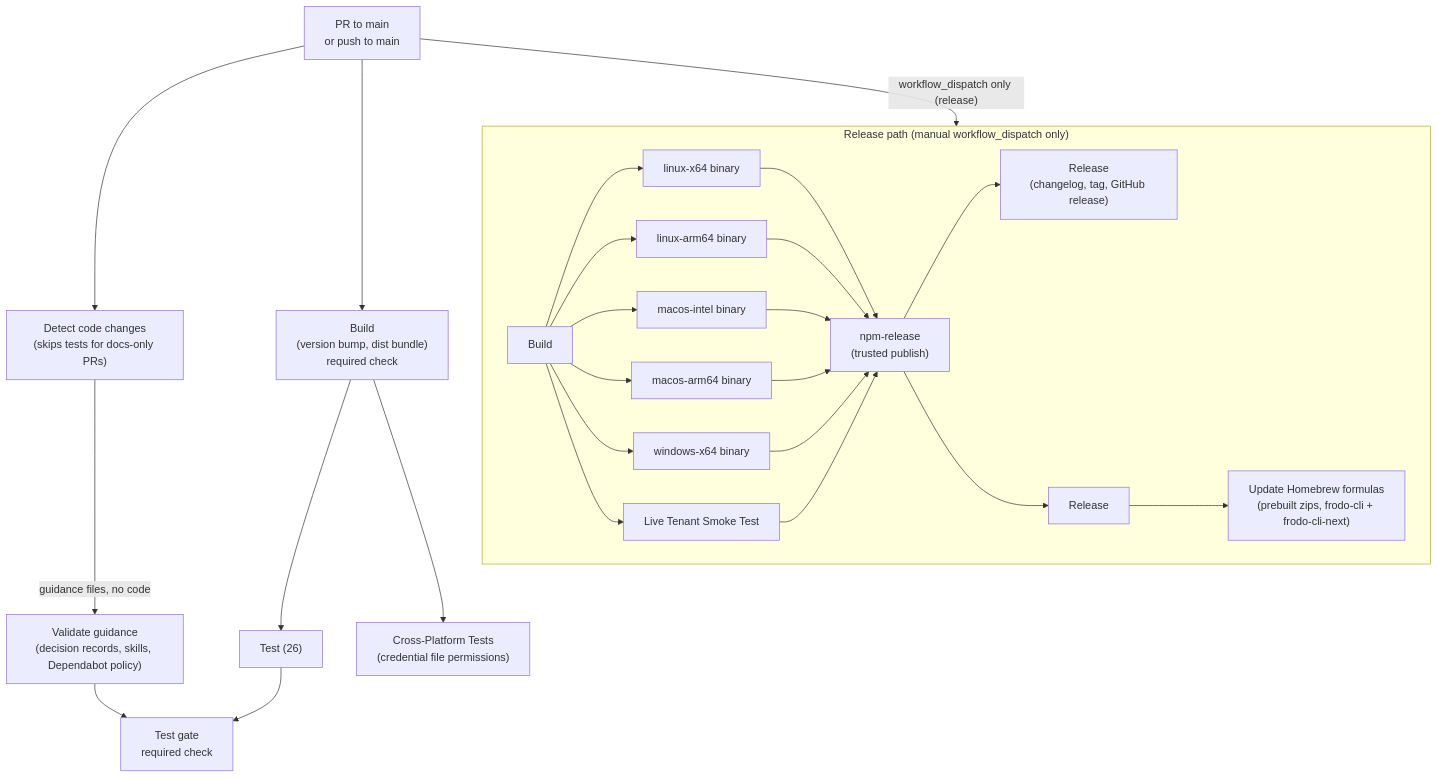
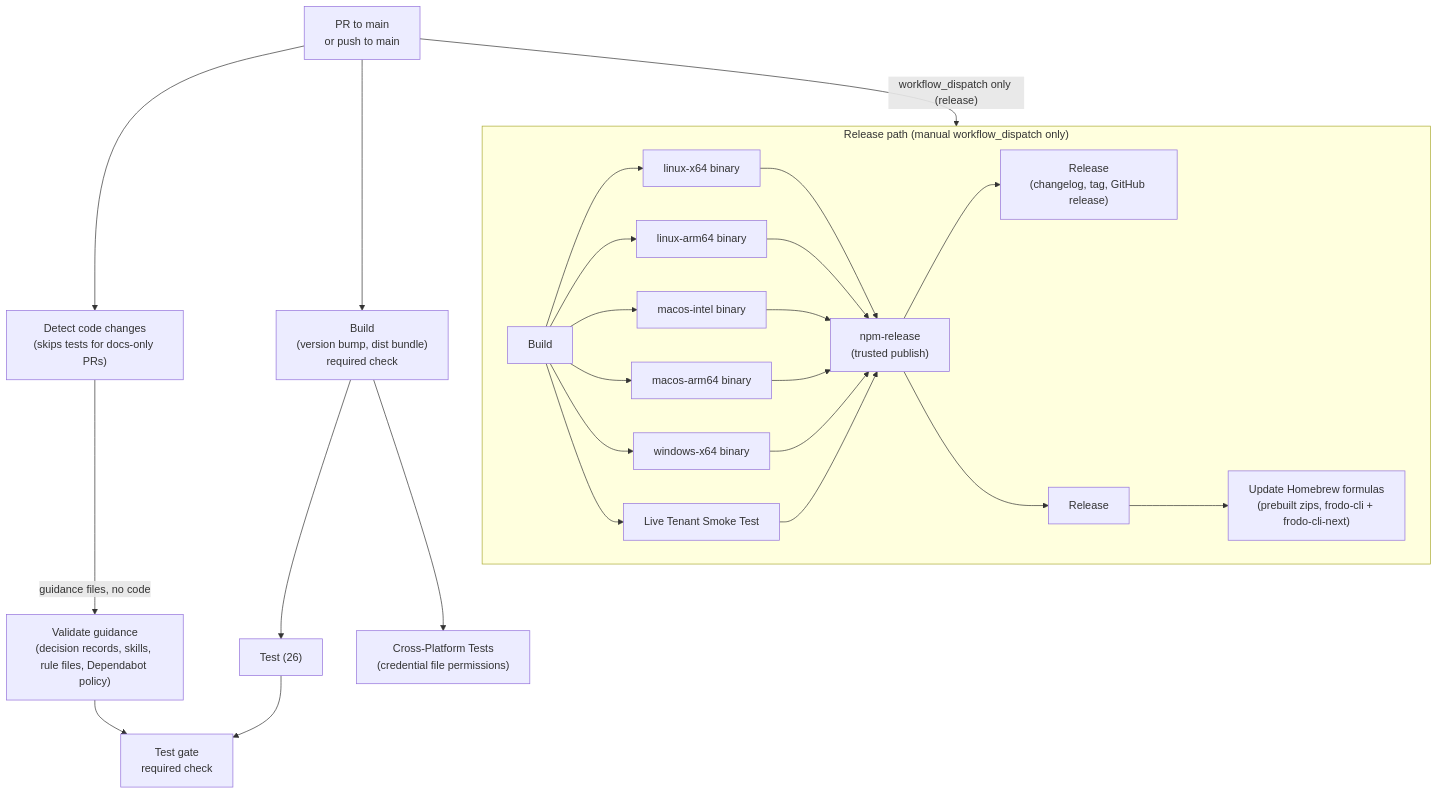
The diagram in docs/PIPELINE.md (rockcarver/frodo-cli), drawn with Mermaid before and after one commit. The commit also changed other lines of this file and 19 other files, not shown here.

````diff
--- a/docs/PIPELINE.md
+++ b/docs/PIPELINE.md
@@ -14,25 +14,25 @@
 ```mermaid
 flowchart TD
     PR["PR to main<br/>or push to main"] --> CH["Detect code changes<br/>(skips tests for docs-only PRs)"]
-    CH -->|"guidance files, no code"| G["Validate guidance<br/>(decision records, skills, Dependabot policy)"]
+    CH -->|"guidance files, no code"| G["Validate guidance<br/>(decision records, skills, rule files, Dependabot policy)"]
     PR --> B["Build<br/>(version bump, dist bundle)<br/>required check"]
     B --> T["Test (26)"]
     B --> X["Cross-Platform Tests<br/>(credential file permissions)"]
     T --> TG["Test gate<br/>required check"]
     G --> TG
     PR -->|"workflow_dispatch only (release)"| RELPATH["Release path"]
 
     subgraph RELPATH ["Release path (manual workflow_dispatch only)"]
         B2["Build"] --> TL["Live Tenant Smoke Test"]
         B2 --> LX["linux-x64 binary"]
         B2 --> LA["linux-arm64 binary"]
         B2 --> MI["macos-intel binary"]
         B2 --> MA["macos-arm64 binary"]
         B2 --> WI["windows-x64 binary"]
         LX & LA & MI & MA & WI --> NR["npm-release<br/>(trusted publish)"]
         TL --> NR
         NR --> R["Release<br/>(changelog, tag, GitHub release)"]
         R2["Release"] --> HB["Update Homebrew formulas<br/>(prebuilt zips, frodo-cli + frodo-cli-next)"]
         NR --> R2
     end
 ```
````
